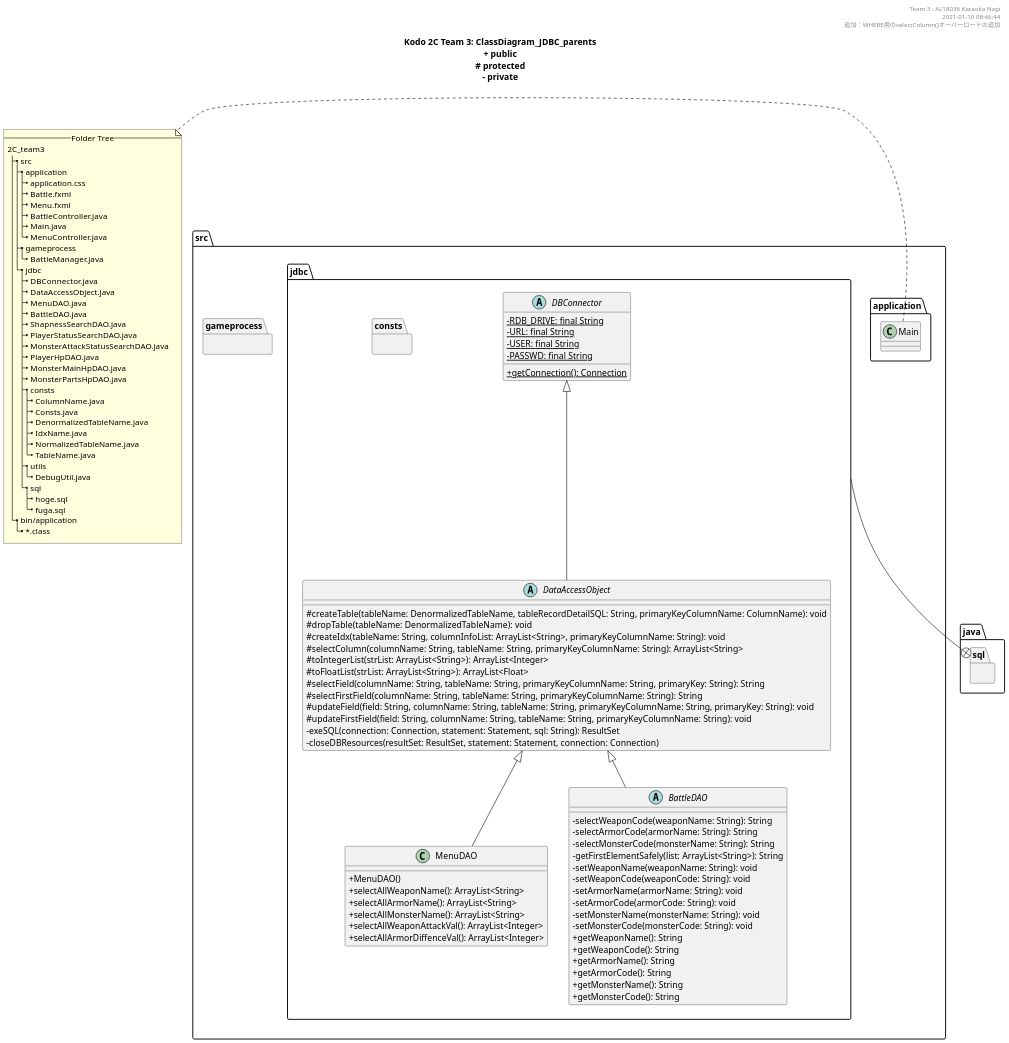
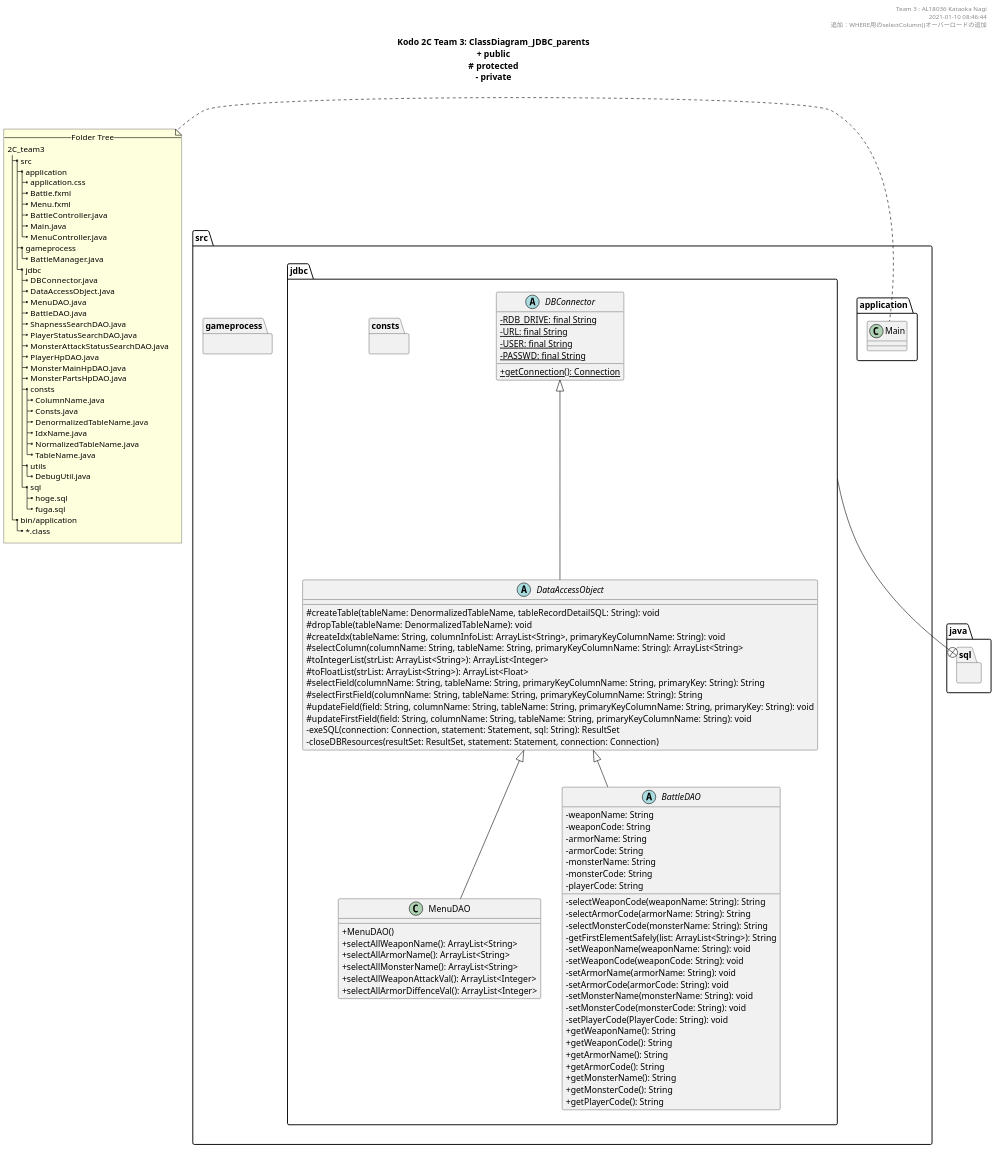
The diagram in uml/ClassDiagram_JDBC_parents.pu (KataokaNagi/2C_team3), drawn with PlantUML before and after one commit. The commit also changed other lines of this file and 8 other files, not shown here.

```diff
--- a/uml/ClassDiagram_JDBC_parents.pu
+++ b/uml/ClassDiagram_JDBC_parents.pu
@@ -16,188 +14,197 @@
 @startuml ./out/ClassDiagram_JDBC_parents.png
 scale 1.5
 skinparam DefaultFontName メイリオ
 ' 可視性の変更
 skinparam classAttributeIconSize 0
 
 ''''''''''''''''''''''''''''''''''''''''''''''''''
 
 header 
 Team 3 : AL18036 Kataoka Nagi
 2021-01-10 08:46:44
 追加：WHERE用のselectColumn()オーバーロードの追加
 end header
 
 ''''''''''''''''''''''''''''''''''''''''''''''''''
 
 title
 **Kodo 2C Team 3: ClassDiagram_JDBC_parents**
 + public
 ~# protected
 ~- private
 end title
 ' __static__
 
 ''''''''''''''''''''''''''''''''''''''''''''''''''''''''''''''''''''''''''''''''
 
 package src {
   package src.application {
     class Main
   }
   package src.gameprocess {
   }
   package src.jdbc {
   }
 }
 
 ''''''''''''''''''''''''''''''''''''''''''''''''''''''''''''''''''''''''''''''''
 
 note left
   --Folder Tree--
   2C_team3
   |_ src
     |_ application
       |_ application.css
       |_ Battle.fxml
       |_ Menu.fxml
       |_ BattleController.java
       |_ Main.java
       |_ MenuController.java
     |_ gameprocess
       |_ BattleManager.java
     |_ jdbc
       |_ DBConnector.java
       |_ DataAccessObject.java
       |_ MenuDAO.java
       |_ BattleDAO.java
       |_ ShapnessSearchDAO.java
       |_ PlayerStatusSearchDAO.java
       |_ MonsterAttackStatusSearchDAO.java
       |_ PlayerHpDAO.java
       |_ MonsterMainHpDAO.java
       |_ MonsterPartsHpDAO.java
       |_ consts
         |_ ColumnName.java
         |_ Consts.java
         |_ DenormalizedTableName.java
         |_ IdxName.java
         |_ NormalizedTableName.java
         |_ TableName.java
       |_ utils
         |_ DebugUtil.java
       |_ sql
         |_ hoge.sql
         |_ fuga.sql
   |_ bin/application
     |_ ~*.class
 end note
 
 ''''''''''''''''''''''''''''''''''''''''''''''''''''''''''''''''''''''''''''''''
 
 package java.sql {
 }
 
 ' package javafx {
 '   class Application
 '   Interface Initializable
 ' }
 
 package src.jdbc {
   package src.jdbc.consts {
   }
 }
 
 src.jdbc --+ java.sql
 ' src.application --+ javafx
 
 ''''''''''''''''''''''''''''''''''''''''''''''''''
 
 ' @note クラスの命名規則
 ' @see  https://qiita.com/KeithYokoma/items/ee21fec6a3ebb5d1e9a8
 
 package src.application {
 }
 
 ' 記事のクラス
   ' class ApplicationController extends Initializable {
   '   - dropDown: ChoiceBox<String>
   '   - textBox: TextField
   '   - button: Button
 
   '   + initialize(location: URL, resources: ResourceBundle): void
   '   + onClick(event: ActionEvent): void
   '   + getToolType(): ChoiceBox<String>
   '   + setToolType(toolType: ChoiceBox<String>): void
   '   + getInputFile(): TextField
   '   + setInputFile(textBox: TextField): void
   '   + getReference(): Button
   '   + setReference(button: Button): void
   ' }
 
 
 ''''''''''''''''''''''''''''''''''''''''''''''''''
 
 package src.gameprocess {
 }
 
 ''''''''''''''''''''''''''''''''''''''''''''''''''
 
 package src.jdbc {
   ' @note DAO pattern
   ' @see https://kanda-it-school-kensyu.com/java-jdbc-contents/jj_ch04/jj_0401/
 
   abstract class DBConnector {
     - {static} RDB_DRIVE: final String
     - {static} URL: final String
     - {static} USER: final String
     - {static} PASSWD: final String
 
     + {static} getConnection(): Connection
   }
 
   abstract class DataAccessObject extends DBConnector {
-    # createTable(tableName: DenormalizedTableName, tableRecordDetailSQL: String, primaryKeyColumnName: ColumnName): void
+    # createTable(tableName: DenormalizedTableName, tableRecordDetailSQL: String): void
     # dropTable(tableName: DenormalizedTableName): void
     # createIdx(tableName: String, columnInfoList: ArrayList<String>, primaryKeyColumnName: String): void
     # selectColumn(columnName: String, tableName: String, primaryKeyColumnName: String): ArrayList<String>
     # toIntegerList(strList: ArrayList<String>): ArrayList<Integer>
     # toFloatList(strList: ArrayList<String>): ArrayList<Float>
     # selectField(columnName: String, tableName: String, primaryKeyColumnName: String, primaryKey: String): String
     # selectFirstField(columnName: String, tableName: String, primaryKeyColumnName: String): String
     # updateField(field: String, columnName: String, tableName: String, primaryKeyColumnName: String, primaryKey: String): void
     # updateFirstField(field: String, columnName: String, tableName: String, primaryKeyColumnName: String): void
     - exeSQL(connection: Connection, statement: Statement, sql: String): ResultSet
     - closeDBResources(resultSet: ResultSet, statement: Statement, connection: Connection)
   }
 
   class MenuDAO extends DataAccessObject {
     + MenuDAO()
     + selectAllWeaponName(): ArrayList<String>
     + selectAllArmorName(): ArrayList<String>
     + selectAllMonsterName(): ArrayList<String>
     + selectAllWeaponAttackVal(): ArrayList<Integer>
     + selectAllArmorDiffenceVal(): ArrayList<Integer>
   }
 
   abstract class BattleDAO extends DataAccessObject {
+  - weaponName: String
+  - weaponCode: String
+  - armorName: String
+  - armorCode: String
+  - monsterName: String
+  - monsterCode: String
+  - playerCode: String
   - selectWeaponCode(weaponName: String): String
   - selectArmorCode(armorName: String): String
   - selectMonsterCode(monsterName: String): String
   - getFirstElementSafely(list: ArrayList<String>): String
   - setWeaponName(weaponName: String): void
   - setWeaponCode(weaponCode: String): void
   - setArmorName(armorName: String): void
   - setArmorCode(armorCode: String): void
   - setMonsterName(monsterName: String): void
   - setMonsterCode(monsterCode: String): void
+  - setPlayerCode(PlayerCode: String): void
   + getWeaponName(): String
   + getWeaponCode(): String
   + getArmorName(): String
   + getArmorCode(): String
   + getMonsterName(): String
   + getMonsterCode(): String
+  + getPlayerCode(): String
   }
 }
 
 ''''''''''''''''''''''''''''''''''''''''''''''''''''''''''''''''''''''''''''''''
 
 @enduml
```
